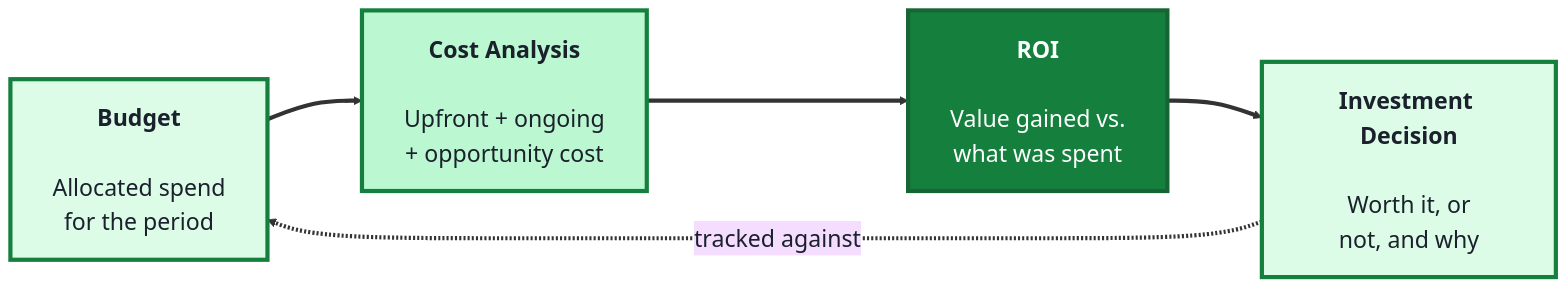
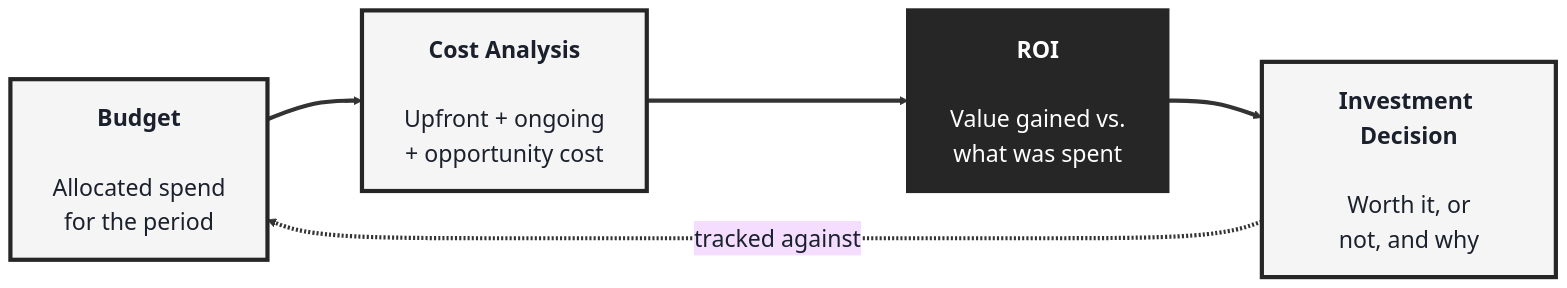
The second of 4 diagrams in src/Pages/courses/TechLeads/module-3-change-management-financial-literacy-sales-partnerships-technology-awareness.md (SHEMODELTECH/shemodeltech), drawn with Mermaid before and after one commit. The commit also changed other lines of this file and 46 other files, not shown here.

````diff
--- a/src/Pages/courses/TechLeads/module-3-change-management-financial-literacy-sales-partnerships-technology-awareness.md
+++ b/src/Pages/courses/TechLeads/module-3-change-management-financial-literacy-sales-partnerships-technology-awareness.md
@@ -81,17 +81,17 @@
 ```mermaid
-%%{init: {'theme':'base', 'themeVariables': {'fontSize':'22px', 'primaryTextColor':'#1a202c', 'primaryBorderColor':'#15803d', 'lineColor':'#333333'}, 'flowchart': {'nodeSpacing': 70, 'rankSpacing': 90, 'padding': 20}}}%%
+%%{init: {'theme':'base', 'themeVariables': {'fontSize':'22px', 'primaryTextColor':'#1a202c', 'primaryBorderColor':'#262626', 'lineColor':'#333333'}, 'flowchart': {'nodeSpacing': 70, 'rankSpacing': 90, 'padding': 20}}}%%
 flowchart LR
     BUD["<b>Budget</b><br/><br/>Allocated spend<br/>for the period"]
     COST["<b>Cost Analysis</b><br/><br/>Upfront + ongoing<br/>+ opportunity cost"]
     ROI["<b>ROI</b><br/><br/>Value gained vs.<br/>what was spent"]
     DEC["<b>Investment Decision</b><br/><br/>Worth it, or<br/>not, and why"]
 
     BUD ==> COST ==> ROI ==> DEC
     DEC -.tracked against.-> BUD
 
-    style BUD fill:#dcfce7,color:#1a202c,stroke:#15803d,stroke-width:4px
-    style COST fill:#bbf7d0,color:#1a202c,stroke:#15803d,stroke-width:4px
-    style ROI fill:#15803d,color:#fff,stroke:#166534,stroke-width:4px
-    style DEC fill:#dcfce7,color:#1a202c,stroke:#15803d,stroke-width:4px
+    style BUD fill:#F5F5F5,color:#1a202c,stroke:#262626,stroke-width:4px
+    style COST fill:#F5F5F5,color:#1a202c,stroke:#262626,stroke-width:4px
+    style ROI fill:#262626,color:#fff,stroke:#262626,stroke-width:4px
+    style DEC fill:#F5F5F5,color:#1a202c,stroke:#262626,stroke-width:4px
     linkStyle default stroke-width:4px,stroke:#333333
 ```
````
